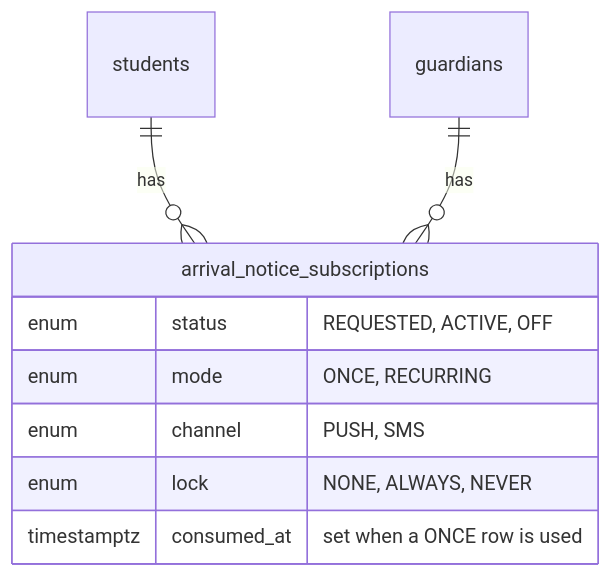
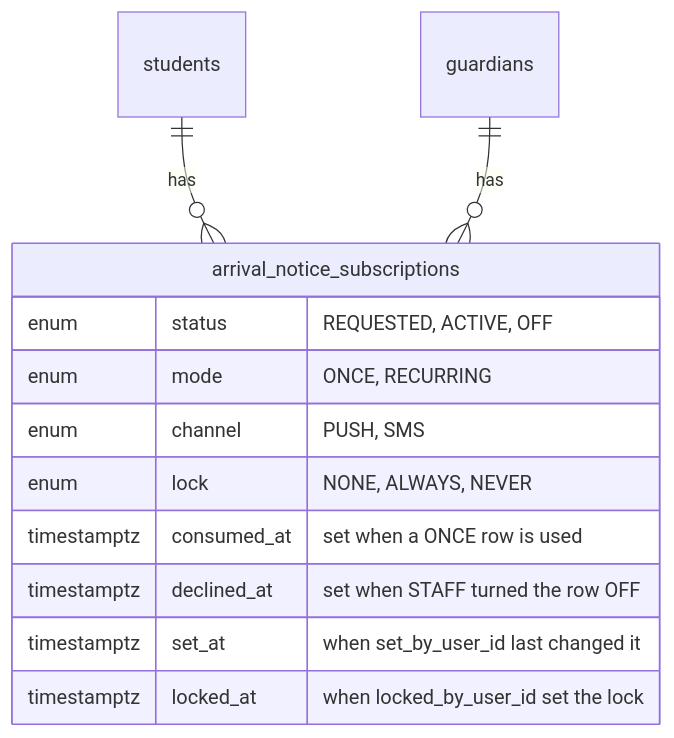
Diagram 13 of 13 in docs/architecture/11-attendance.md (tareq89/biddaloy), drawn with Mermaid before and after one commit. The commit also changed other lines of this file and 15 other files, not shown here.

First line of the commit message:
feat(arrival-notices): staff DTO names/dates, declined_at, enabled gate, LOCK for EXECUTIVE, DB CHECKs (Epic 84 follow-up)

````diff
--- a/docs/architecture/11-attendance.md
+++ b/docs/architecture/11-attendance.md
@@ -863,12 +863,15 @@
 ```mermaid
 erDiagram
   students ||--o{ arrival_notice_subscriptions : "has"
   guardians ||--o{ arrival_notice_subscriptions : "has"
   arrival_notice_subscriptions {
     enum status "REQUESTED, ACTIVE, OFF"
     enum mode "ONCE, RECURRING"
     enum channel "PUSH, SMS"
     enum lock "NONE, ALWAYS, NEVER"
     timestamptz consumed_at "set when a ONCE row is used"
+    timestamptz declined_at "set when STAFF turned the row OFF"
+    timestamptz set_at "when set_by_user_id last changed it"
+    timestamptz locked_at "when locked_by_user_id set the lock"
   }
 ```
````
